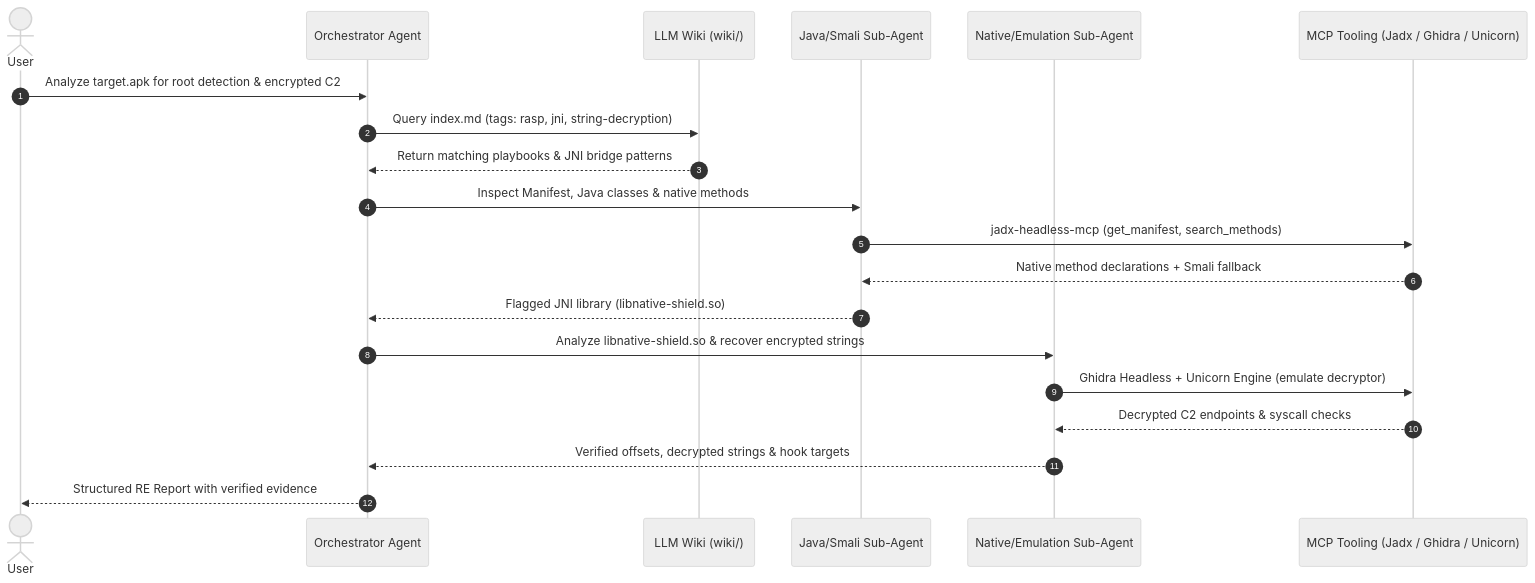
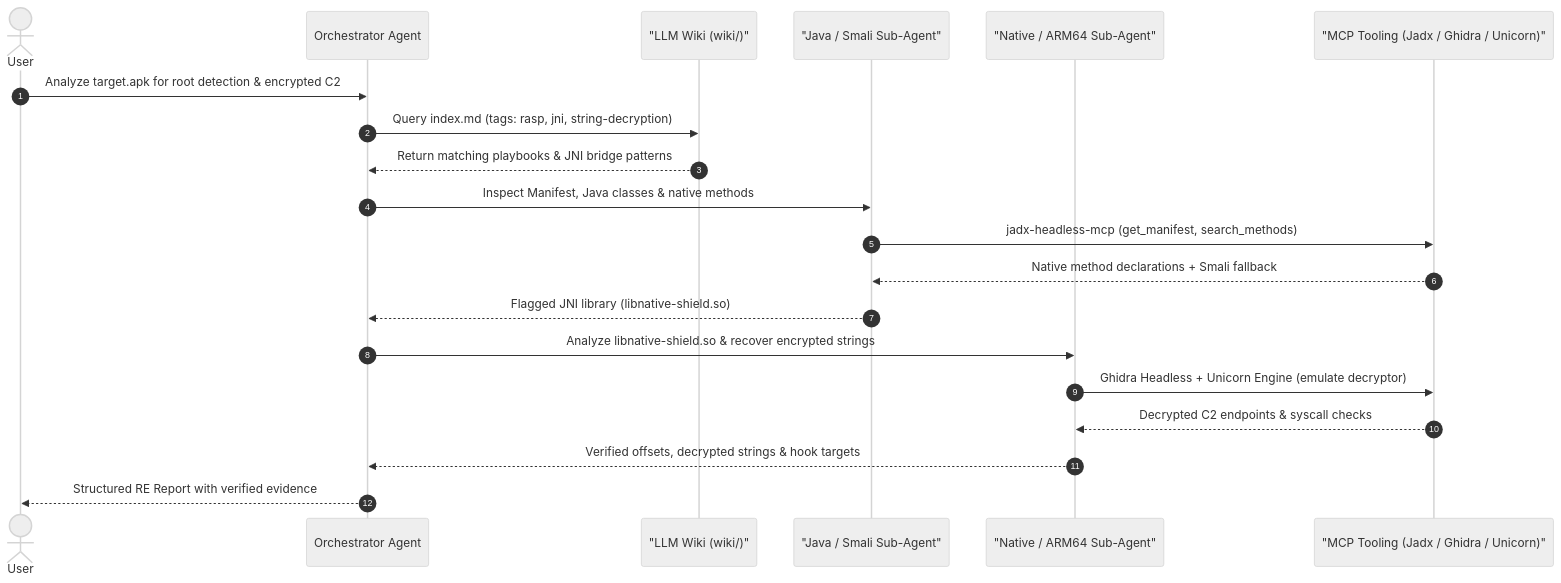
Before and after one commit to fatalSec/LLM-RE-Wiki: the third of 3 diagrams in README.md, drawn with Mermaid (neutral theme).

Commit message:
docs: harden Mermaid sequence diagram syntax for bulletproof GitHub rendering

````diff
--- a/README.md
+++ b/README.md
@@ -156,26 +156,26 @@
 ```mermaid
 sequenceDiagram
     autonumber
     actor User
     participant Orch as Orchestrator Agent
-    participant Wiki as LLM Wiki (wiki/)
-    participant Java as Java/Smali Sub-Agent
-    participant Nat as Native/Emulation Sub-Agent
-    participant MCP as MCP Tooling (Jadx / Ghidra / Unicorn)
+    participant Wiki as "LLM Wiki (wiki/)"
+    participant Java as "Java / Smali Sub-Agent"
+    participant Nat as "Native / ARM64 Sub-Agent"
+    participant MCP as "MCP Tooling (Jadx / Ghidra / Unicorn)"
 
     User->>Orch: Analyze target.apk for root detection & encrypted C2
     Orch->>Wiki: Query index.md (tags: rasp, jni, string-decryption)
     Wiki-->>Orch: Return matching playbooks & JNI bridge patterns
 
     Orch->>Java: Inspect Manifest, Java classes & native methods
     Java->>MCP: jadx-headless-mcp (get_manifest, search_methods)
     MCP-->>Java: Native method declarations + Smali fallback
     Java-->>Orch: Flagged JNI library (libnative-shield.so)
 
     Orch->>Nat: Analyze libnative-shield.so & recover encrypted strings
     Nat->>MCP: Ghidra Headless + Unicorn Engine (emulate decryptor)
     MCP-->>Nat: Decrypted C2 endpoints & syscall checks
     Nat-->>Orch: Verified offsets, decrypted strings & hook targets
 
     Orch-->>User: Structured RE Report with verified evidence
 ```
````
